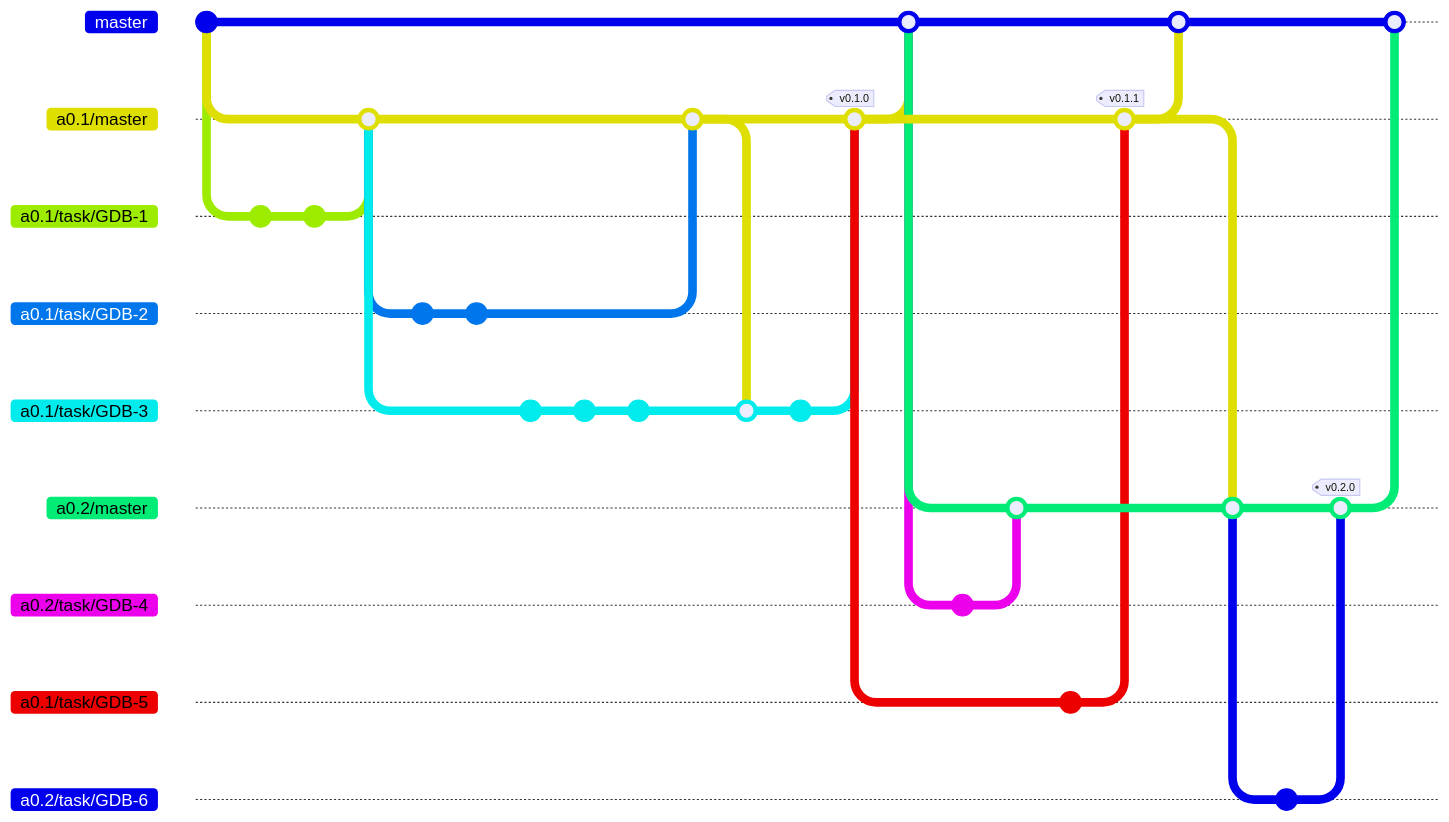
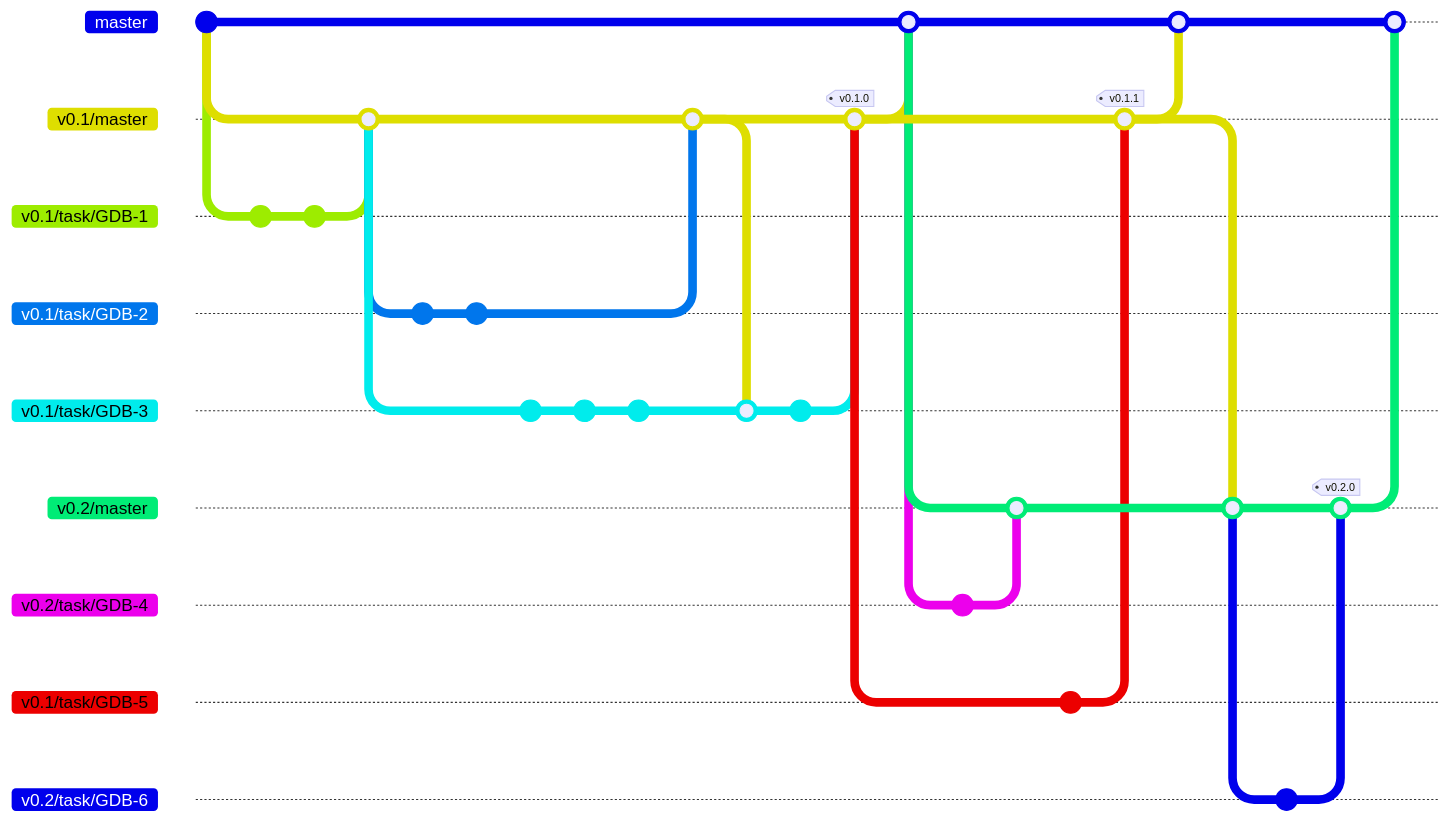
Before and after one commit to felipegodias/GameDB: the diagram in Docs/GitWorkflow.md, drawn with Mermaid. Commit ids are hidden.

````diff
--- a/Docs/GitWorkflow.md
+++ b/Docs/GitWorkflow.md
@@ -3,48 +3,48 @@
 ```mermaid
 %%{init: { 'gitGraph': {'mainBranchName': 'master'}} }%%
     gitGraph
         commit
-        branch a0.1/master
-        branch a0.1/task/GDB-1
+        branch v0.1/master
+        branch v0.1/task/GDB-1
         commit
         commit
-        checkout a0.1/master
-        merge a0.1/task/GDB-1
-        branch a0.1/task/GDB-2
+        checkout v0.1/master
+        merge v0.1/task/GDB-1
+        branch v0.1/task/GDB-2
         commit
         commit
-        checkout a0.1/master
-        branch a0.1/task/GDB-3
+        checkout v0.1/master
+        branch v0.1/task/GDB-3
         commit
         commit
         commit
-        checkout a0.1/master
-        merge a0.1/task/GDB-2
-        checkout a0.1/task/GDB-3
-        merge a0.1/master
+        checkout v0.1/master
+        merge v0.1/task/GDB-2
+        checkout v0.1/task/GDB-3
+        merge v0.1/master
         commit
-        checkout a0.1/master
-        merge a0.1/task/GDB-3 tag:"v0.1.0"
+        checkout v0.1/master
+        merge v0.1/task/GDB-3 tag:"v0.1.0"
         checkout master
-        merge a0.1/master
-        branch a0.2/master
-        branch a0.2/task/GDB-4
+        merge v0.1/master
+        branch v0.2/master
+        branch v0.2/task/GDB-4
         commit
-        checkout a0.2/master
-        merge a0.2/task/GDB-4
-        checkout a0.1/master
-        branch a0.1/task/GDB-5
+        checkout v0.2/master
+        merge v0.2/task/GDB-4
+        checkout v0.1/master
+        branch v0.1/task/GDB-5
         commit
-        checkout a0.1/master
-        merge a0.1/task/GDB-5 tag:"v0.1.1"
+        checkout v0.1/master
+        merge v0.1/task/GDB-5 tag:"v0.1.1"
         checkout master
-        merge a0.1/master
-        checkout a0.2/master
-        merge a0.1/master
-        branch a0.2/task/GDB-6
+        merge v0.1/master
+        checkout v0.2/master
+        merge v0.1/master
+        branch v0.2/task/GDB-6
         commit
-        checkout a0.2/master
-        merge a0.2/task/GDB-6 tag:"v0.2.0"
+        checkout v0.2/master
+        merge v0.2/task/GDB-6 tag:"v0.2.0"
         checkout master
-        merge a0.2/master
+        merge v0.2/master
 ```
````
